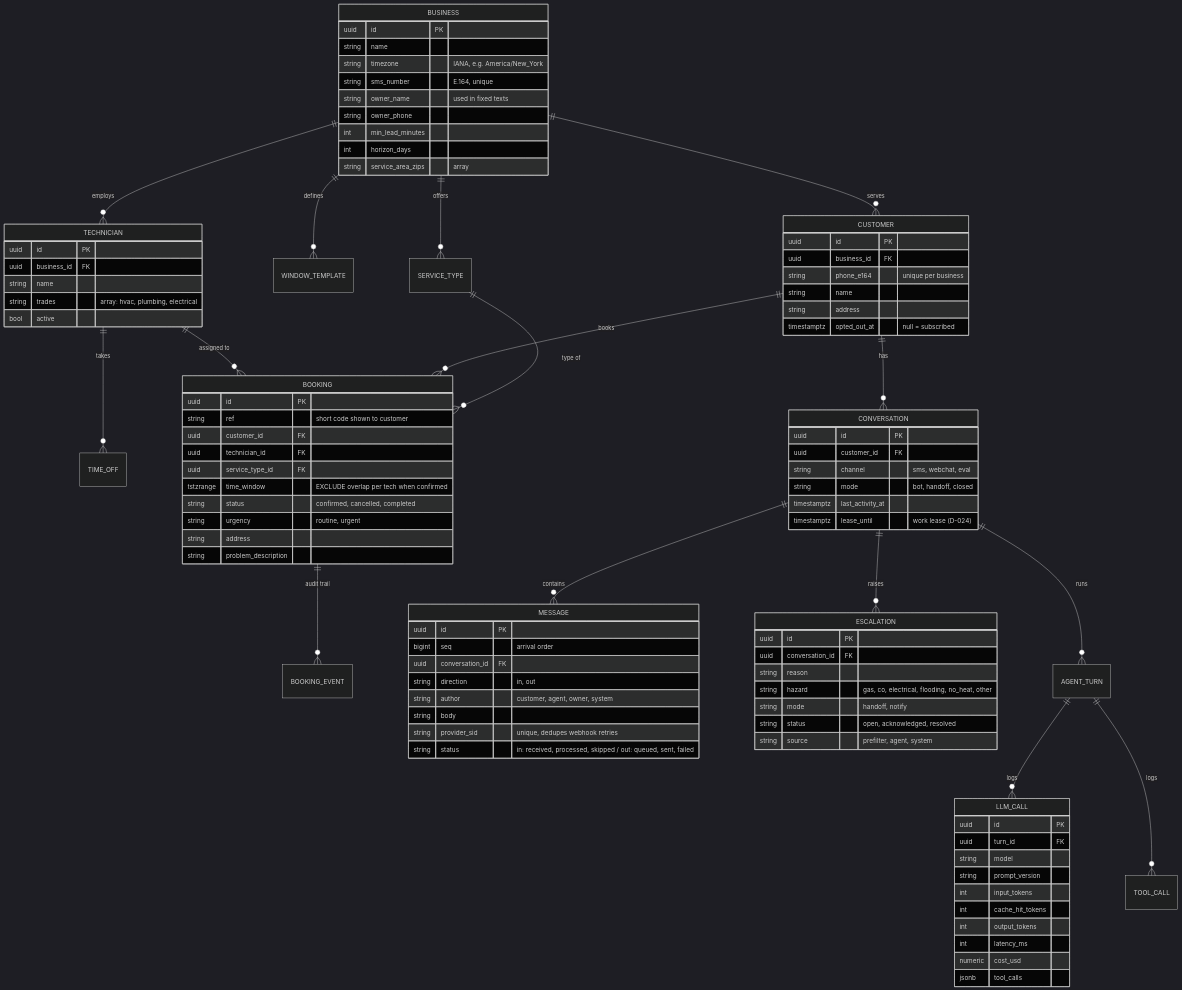
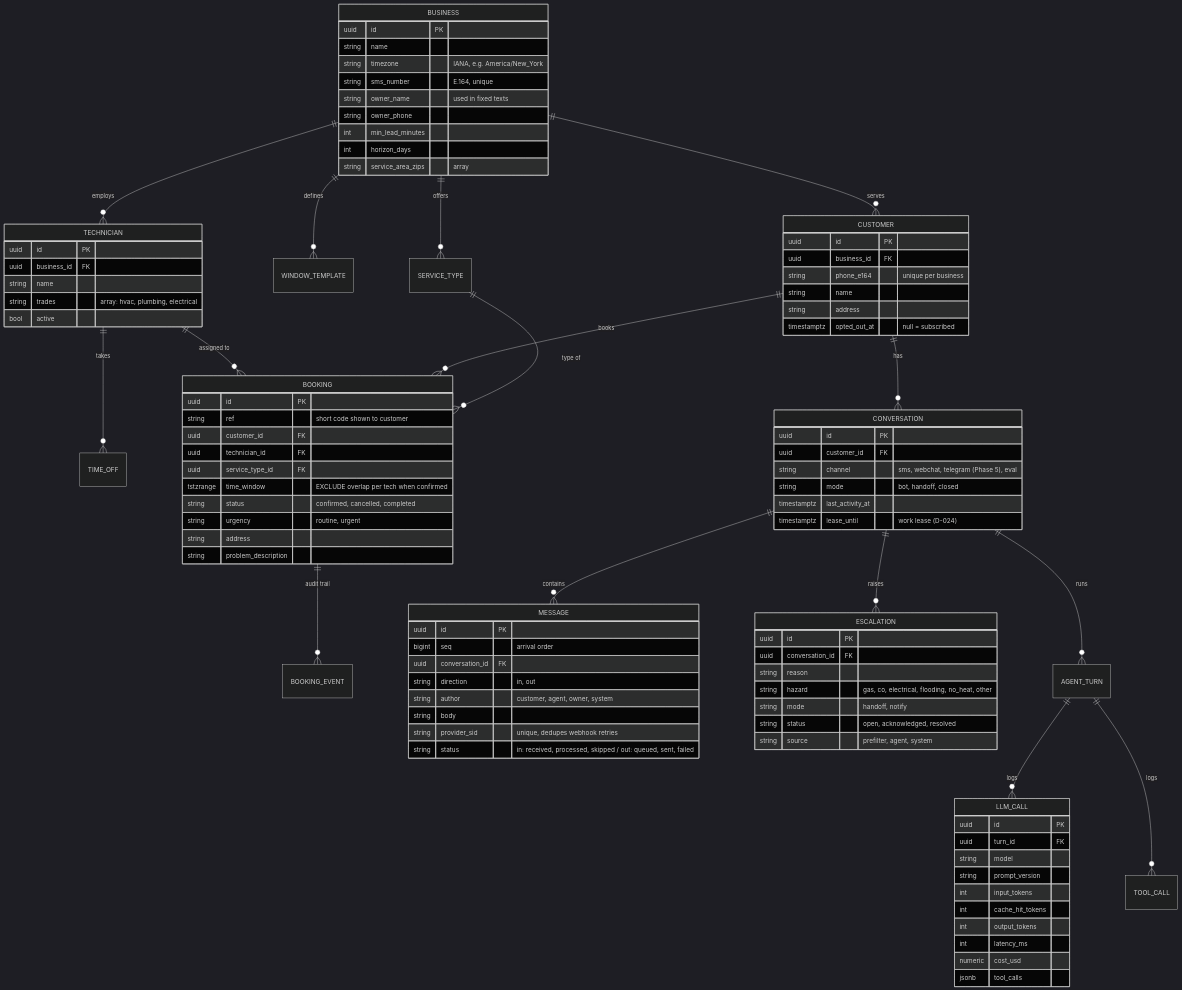
Before and after one commit to anuj13579/sms-booking-agent: the third of 3 diagrams in docs/DESIGN.md, drawn with Mermaid (dark theme). The commit also changed other lines of this file and 4 other files, not shown here.

```diff
--- a/docs/DESIGN.md
+++ b/docs/DESIGN.md
@@ -274,7 +282,7 @@
   CONVERSATION {
     uuid id PK
     uuid customer_id FK
-    string channel "sms, webchat, eval"
+    string channel "sms, webchat, telegram (Phase 5), eval"
     string mode "bot, handoff, closed"
     timestamptz last_activity_at
     timestamptz lease_until "work lease (D-024)"
```
